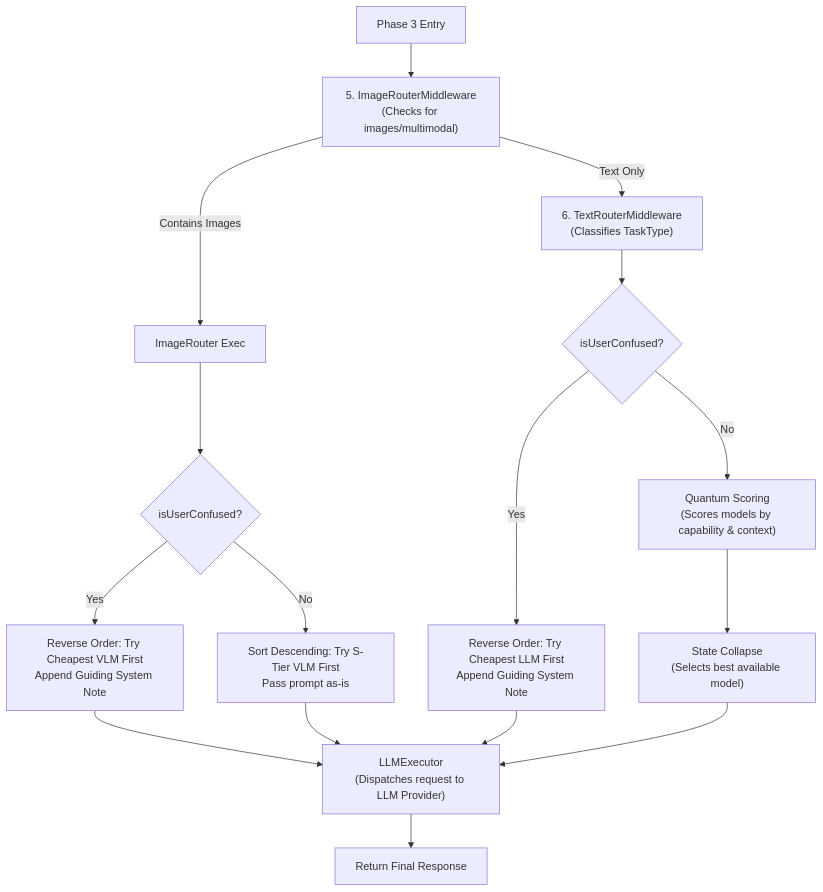
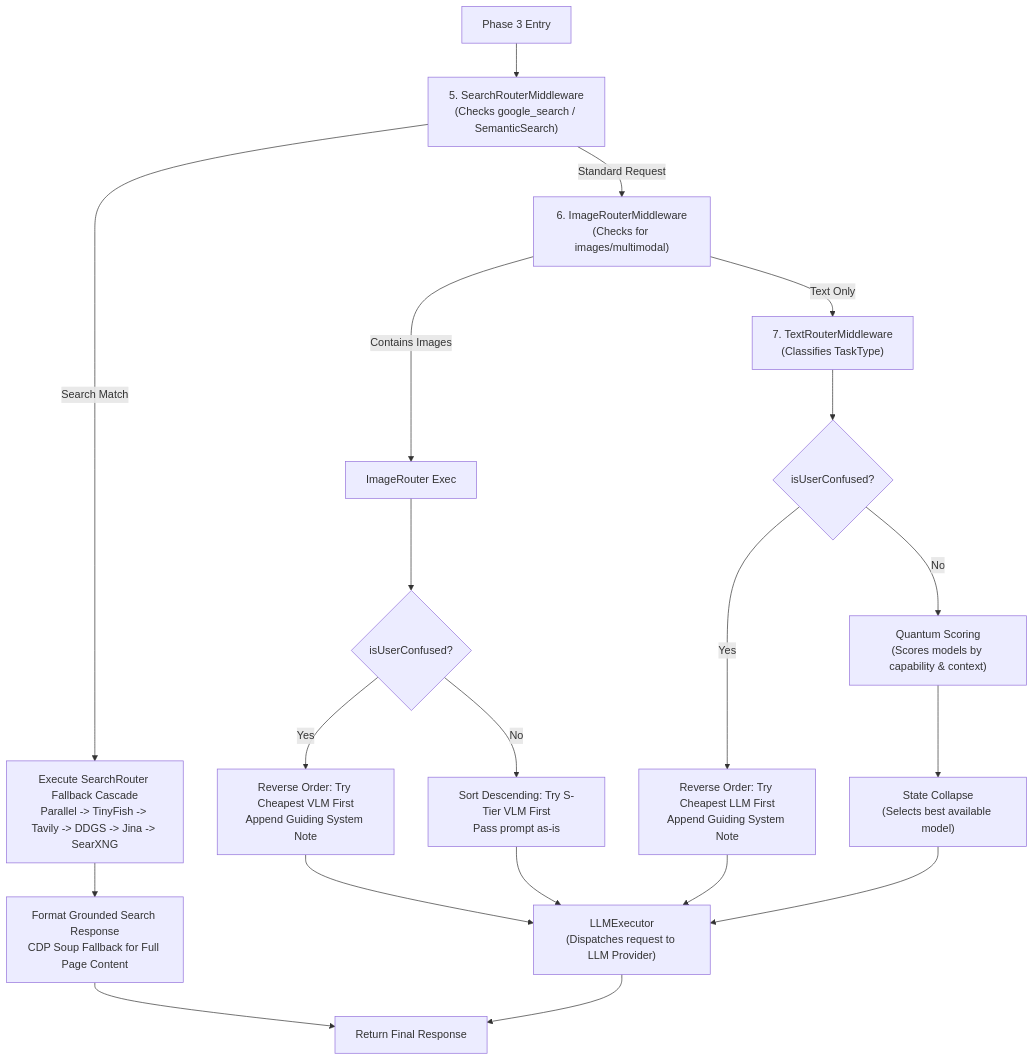
One commit to djmahe4/awesome-free-llm-apis changed the third of 7 diagrams in mcp-server/docs/guide.md. Above: the diagram before and after it, drawn with Mermaid. The commit also changed other lines of this file and 7 other files, not shown here.

Commit message:
docs(architecture,precommit): update pipeline diagrams, sync references, and enforce doc checks in precommit

````diff
--- a/mcp-server/docs/guide.md
+++ b/mcp-server/docs/guide.md
@@ -54,18 +54,22 @@
 ```mermaid
 graph TD
-    A["Phase 3 Entry"] --> B["5. ImageRouterMiddleware<br/>(Checks for images/multimodal)"]
+    A["Phase 3 Entry"] --> S["5. SearchRouterMiddleware<br/>(Checks google_search / SemanticSearch)"]
+    S -->|Search Match| S1["Execute SearchRouter Fallback Cascade<br/>Parallel -> TinyFish -> Tavily -> DDGS -> Jina -> SearXNG"]
+    S1 --> S2["Format Grounded Search Response<br/>CDP Soup Fallback for Full Page Content"]
+    S2 --> M["Return Final Response"]
+    S -->|Standard Request| B["6. ImageRouterMiddleware<br/>(Checks for images/multimodal)"]
     B -->|Contains Images| C["ImageRouter Exec"]
     C --> D{isUserConfused?}
     D -->|Yes| E["Reverse Order: Try Cheapest VLM First<br/>Append Guiding System Note"]
     D -->|No| F["Sort Descending: Try S-Tier VLM First<br/>Pass prompt as-is"]
-    B -->|Text Only| G["6. TextRouterMiddleware<br/>(Classifies TaskType)"]
+    B -->|Text Only| G["7. TextRouterMiddleware<br/>(Classifies TaskType)"]
     G --> H{isUserConfused?}
     H -->|Yes| I["Reverse Order: Try Cheapest LLM First<br/>Append Guiding System Note"]
     H -->|No| J["Quantum Scoring<br/>(Scores models by capability & context)"]
     J --> K["State Collapse<br/>(Selects best available model)"]
     E --> L["LLMExecutor<br/>(Dispatches request to LLM Provider)"]
     F --> L
     I --> L
     K --> L
-    L --> M["Return Final Response"]
+    L --> M
 ```
````
